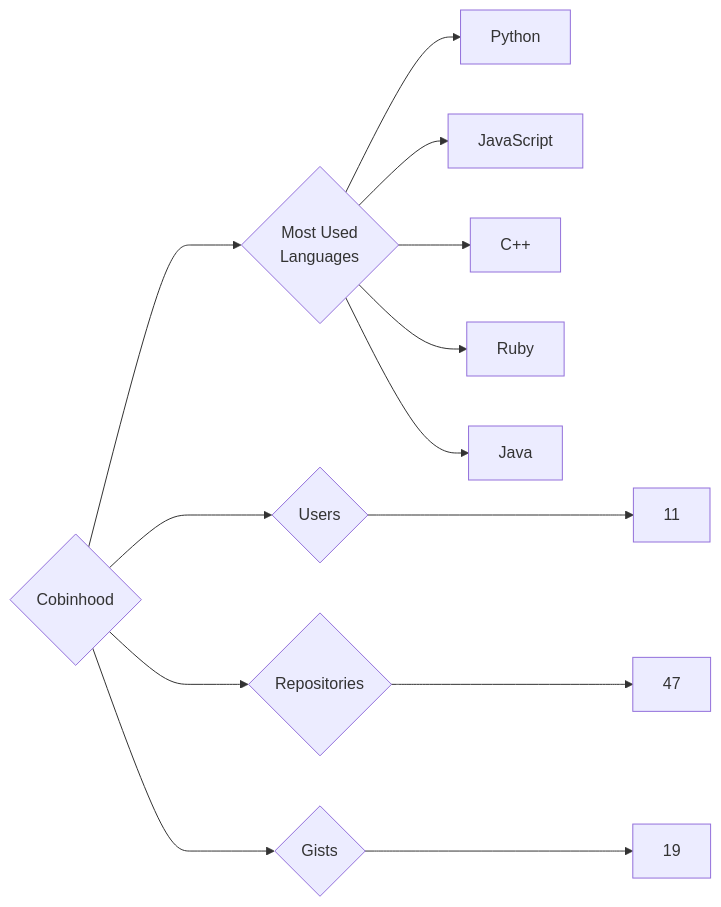
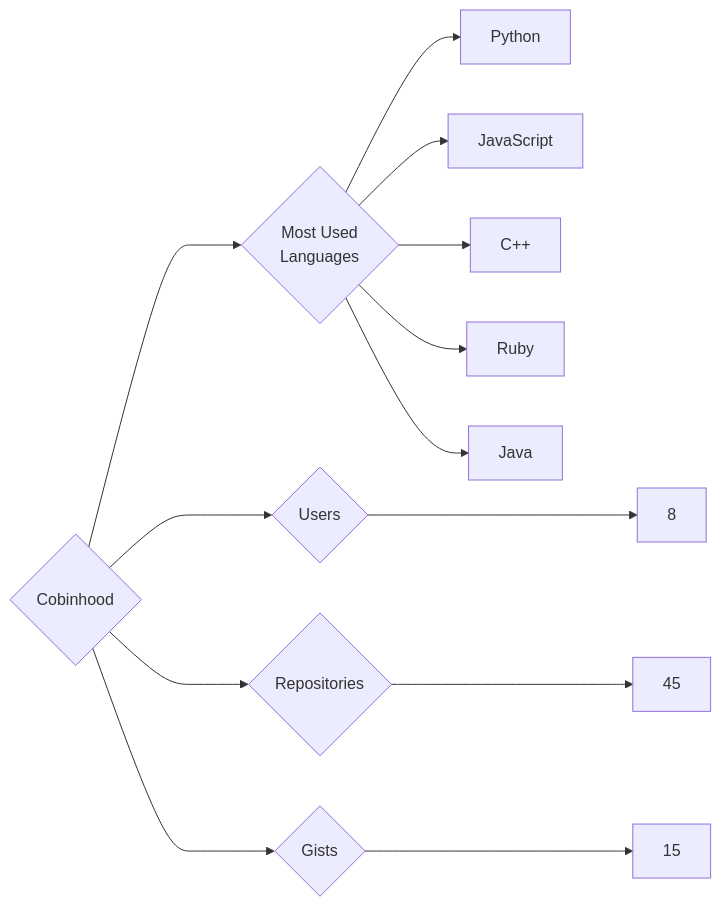
The diagram in targets/Cobinhood/README.md (trickest/insiders), drawn with Mermaid before and after one commit. The commit also changed 1148 other files, not shown here.

````diff
--- a/targets/Cobinhood/README.md
+++ b/targets/Cobinhood/README.md
@@ -3,13 +3,13 @@
 ```mermaid
 graph LR
 COMPANY_NAME{Cobinhood}
-COMPANY_NAME ---> U{Users} ---> UN[11]
-COMPANY_NAME ---> R{Repositories} ---> RN[47]
-COMPANY_NAME ---> G{Gists} ---> GN[19]
+COMPANY_NAME ---> U{Users} ---> UN[8]
+COMPANY_NAME ---> R{Repositories} ---> RN[45]
+COMPANY_NAME ---> G{Gists} ---> GN[15]
 COMPANY_NAME ---> ML{Most Used<br>Languages}
 ML --> Python[Python]
 ML --> JavaScript[JavaScript]
 ML --> C++[C++]
 ML --> Ruby[Ruby]
 ML --> Java[Java]
 ```
````
